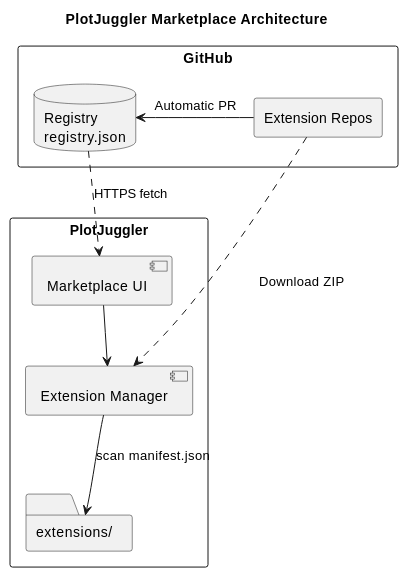
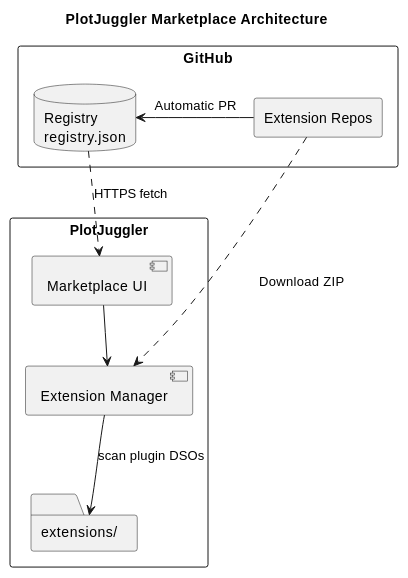
Before and after one commit to PlotJuggler/plotjuggler_sdk: the first of 4 diagrams in pj_marketplace/documentation/ARCHITECTURE.md, drawn with PlantUML. The commit also changed other lines of this file and 81 other files, not shown here.

````diff
--- a/pj_marketplace/documentation/ARCHITECTURE.md
+++ b/pj_marketplace/documentation/ARCHITECTURE.md
@@ -18,25 +18,25 @@
 ```plantuml
 @startuml
 skinparam backgroundColor white
 
 title PlotJuggler Marketplace Architecture
 
 rectangle "GitHub" {
   database "Registry\nregistry.json" as reg
   rectangle "Extension Repos" as ext
   ext -right-> reg : Automatic PR
 }
 
 rectangle "PlotJuggler" {
   component "Marketplace UI" as ui
   component "Extension Manager" as em
   folder "extensions/" as local
   ui --> em
-  em --> local : scan manifest.json
+  em --> local : scan plugin DSOs
 }
 
 reg ..> ui : HTTPS fetch
 ext ..> em : Download ZIP
 
 @enduml
 ```
````
